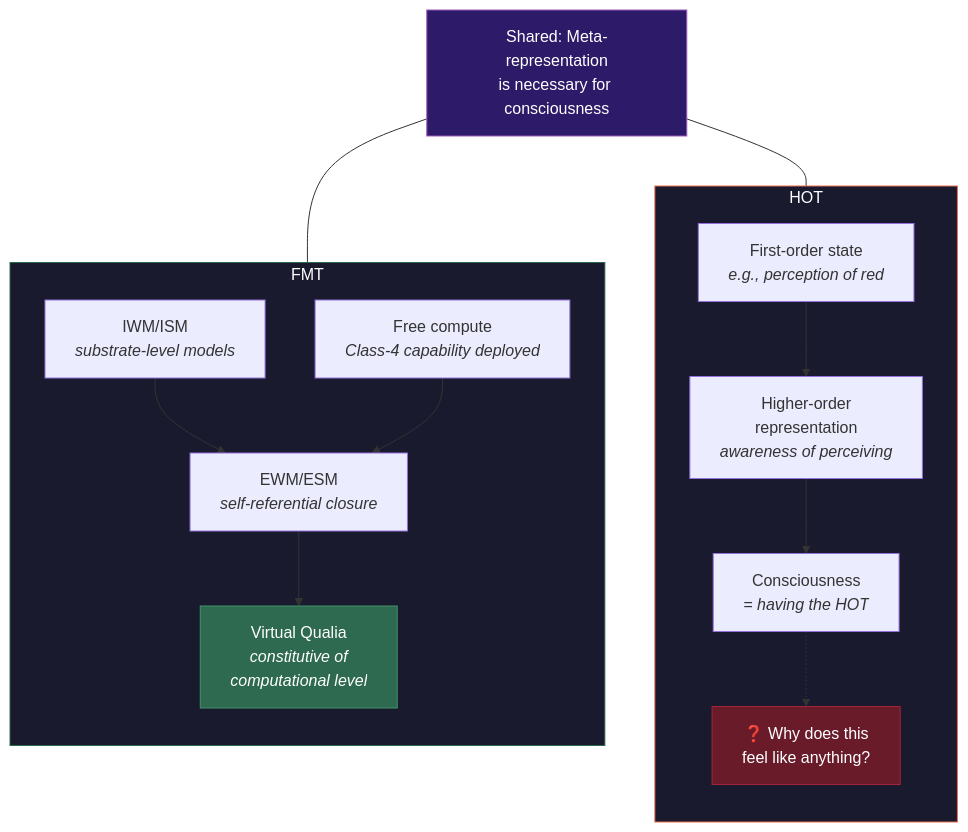
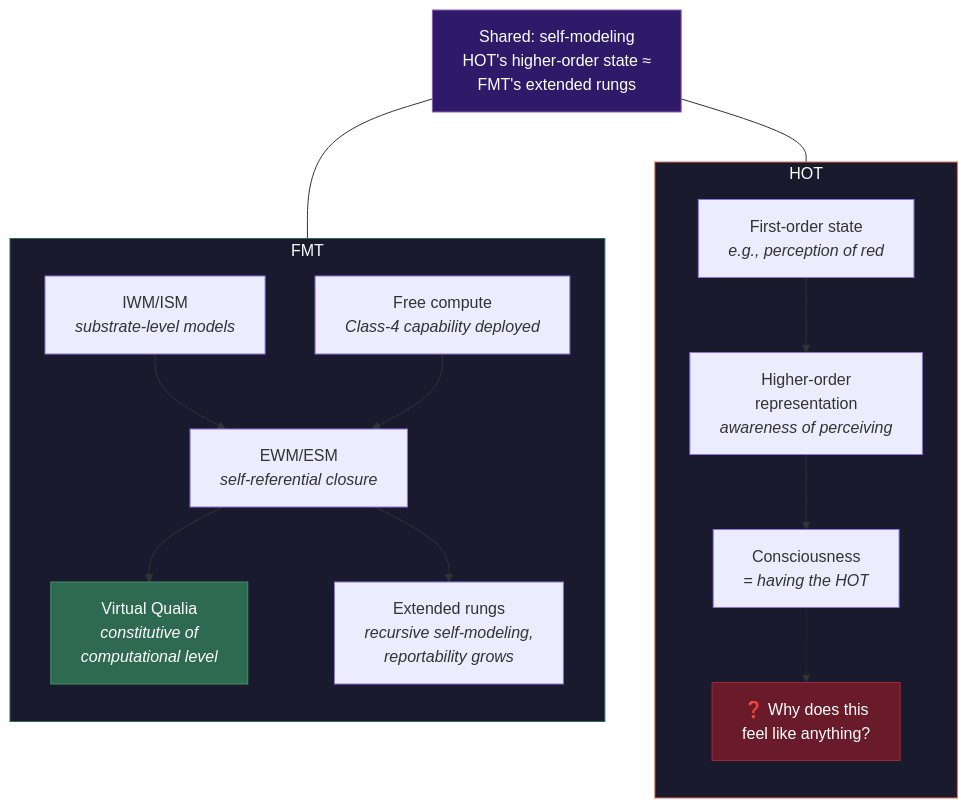
The diagram in wiki/comparative/vs-hot.md (JeltzProstetnic/aIware), drawn with Mermaid before and after one commit. The commit also changed other lines of this file and 10 other files, not shown here.

````diff
--- a/wiki/comparative/vs-hot.md
+++ b/wiki/comparative/vs-hot.md
@@ -45,33 +47,35 @@
 ```mermaid
 graph TB
     subgraph HOT_THEORY["HOT"]
         direction TB
         H1["First-order state<br/><i>e.g., perception of red</i>"]
         H2["Higher-order<br/>representation<br/><i>awareness of perceiving</i>"]
         H3["Consciousness<br/><i>= having the HOT</i>"]
         H1 --> H2 --> H3
         H4["❓ Why does this<br/>feel like anything?"]
         H3 -.-> H4
     end
 
     subgraph FMT_THEORY["FMT"]
         direction TB
         F1["IWM/ISM<br/><i>substrate-level models</i>"]
         F2["EWM/ESM<br/><i>self-referential closure</i>"]
         F3["Virtual Qualia<br/><i>constitutive of<br/>computational level</i>"]
         F4["Free compute<br/><i>Class-4 capability deployed</i>"]
+        F5["Extended rungs<br/><i>recursive self-modeling,<br/>reportability grows</i>"]
         F1 --> F2
         F4 --> F2
         F2 --> F3
+        F2 --> F5
     end
 
-    SHARED["Shared: Meta-representation<br/>is necessary for consciousness"]
+    SHARED["Shared: self-modeling<br/>HOT's higher-order state ≈<br/>FMT's extended rungs"]
     SHARED --- H2
-    SHARED --- F2
+    SHARED --- F5
 
     style HOT_THEORY fill:#1a1a2e,stroke:#e76f51,color:#fff
     style FMT_THEORY fill:#1a1a2e,stroke:#2d6a4f,color:#fff
     style SHARED fill:#2d1b69,stroke:#9b59b6,color:#fff
     style H4 fill:#6a1b2a,stroke:#a4243b,color:#fff
     style F3 fill:#2d6a4f,stroke:#40916c,color:#fff
 ```
````
